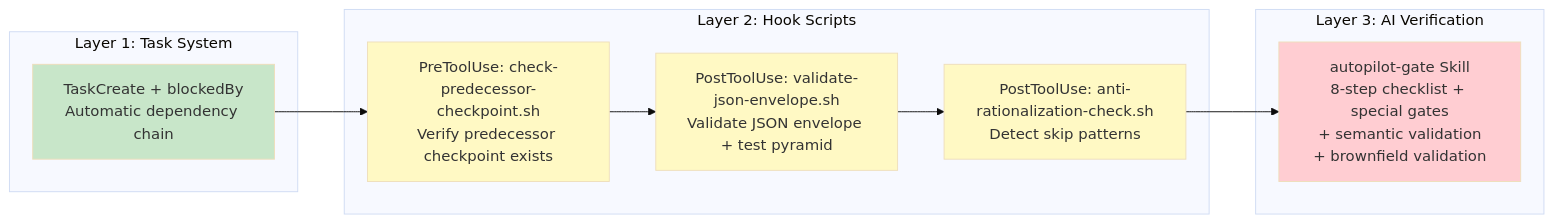
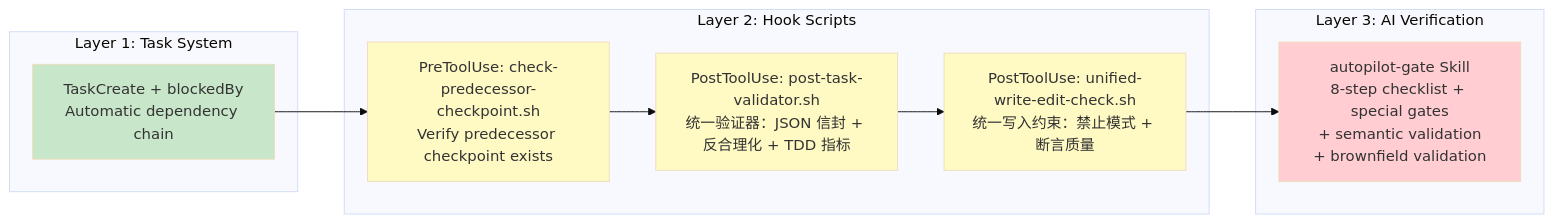
One commit to lorainwings/claude-autopilot changed the second of 4 diagrams in plugins/spec-autopilot/README.zh.md. Above: the diagram before and after it, drawn with Mermaid (base theme). The commit also changed other lines of this file and 26 other files, not shown here.

````diff
--- a/plugins/spec-autopilot/README.zh.md
+++ b/plugins/spec-autopilot/README.zh.md
@@ -80,27 +80,27 @@
 ```mermaid
 graph LR
     subgraph "Layer 1: Task System"
         L1[TaskCreate + blockedBy<br/>Automatic dependency chain]
     end
 
     subgraph "Layer 2: Hook Scripts"
         L2A[PreToolUse: check-predecessor-checkpoint.sh<br/>Verify predecessor checkpoint exists]
-        L2B[PostToolUse: validate-json-envelope.sh<br/>Validate JSON envelope + test pyramid]
-        L2C[PostToolUse: anti-rationalization-check.sh<br/>Detect skip patterns]
+        L2B[PostToolUse: post-task-validator.sh<br/>统一验证器：JSON 信封 + 反合理化 + TDD 指标]
+        L2C[PostToolUse: unified-write-edit-check.sh<br/>统一写入约束：禁止模式 + 断言质量]
     end
 
     subgraph "Layer 3: AI Verification"
         L3[autopilot-gate Skill<br/>8-step checklist + special gates<br/>+ semantic validation<br/>+ brownfield validation]
     end
 
     L1 --> L2A
     L2A --> L2B
     L2B --> L2C
     L2C --> L3
 
     style L1 fill:#c8e6c9
     style L2A fill:#fff9c4
     style L2B fill:#fff9c4
     style L2C fill:#fff9c4
     style L3 fill:#ffcdd2
 ```
````
